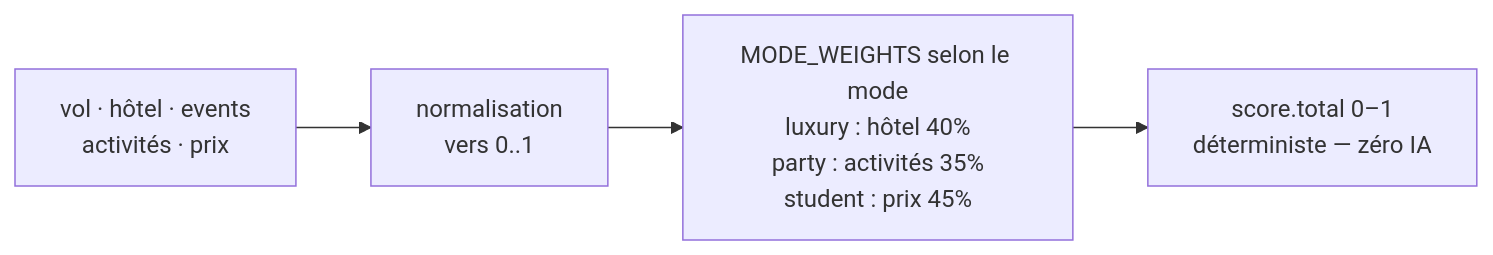
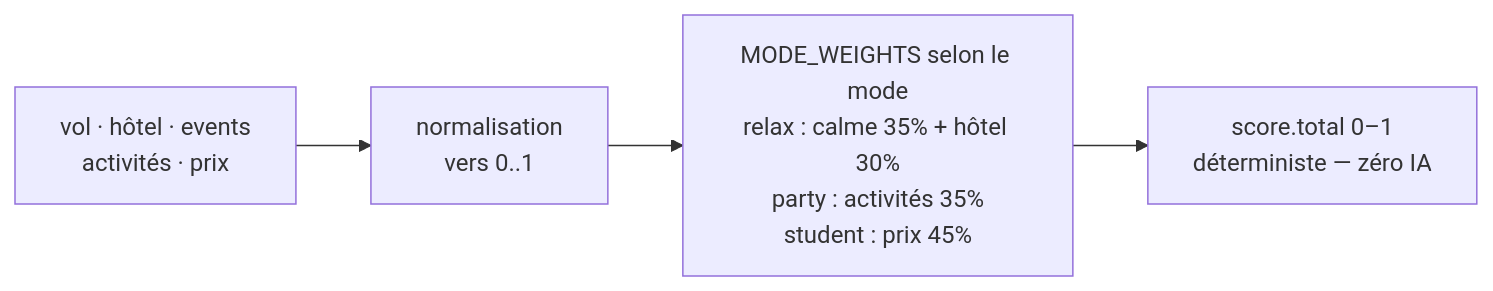
The diagram in docs/architecture/scoring.mmd (loties1533/tripgenie-app), drawn with Mermaid before and after one commit. The commit also changed 39 other files, not shown here.

```diff
--- a/docs/architecture/scoring.mmd
+++ b/docs/architecture/scoring.mmd
@@ -1,4 +1,4 @@
 flowchart LR
     Pack["vol · hôtel · events<br/>activités · prix"] --> N["normalisation<br/>vers 0..1"]
-    N --> W["MODE_WEIGHTS selon le mode<br/>luxury : hôtel 40%<br/>party : activités 35%<br/>student : prix 45%"]
+    N --> W["MODE_WEIGHTS selon le mode<br/>relax : calme 35% + hôtel 30%<br/>party : activités 35%<br/>student : prix 45%"]
     W --> T["score.total 0–1<br/>déterministe — zéro IA"]
```
